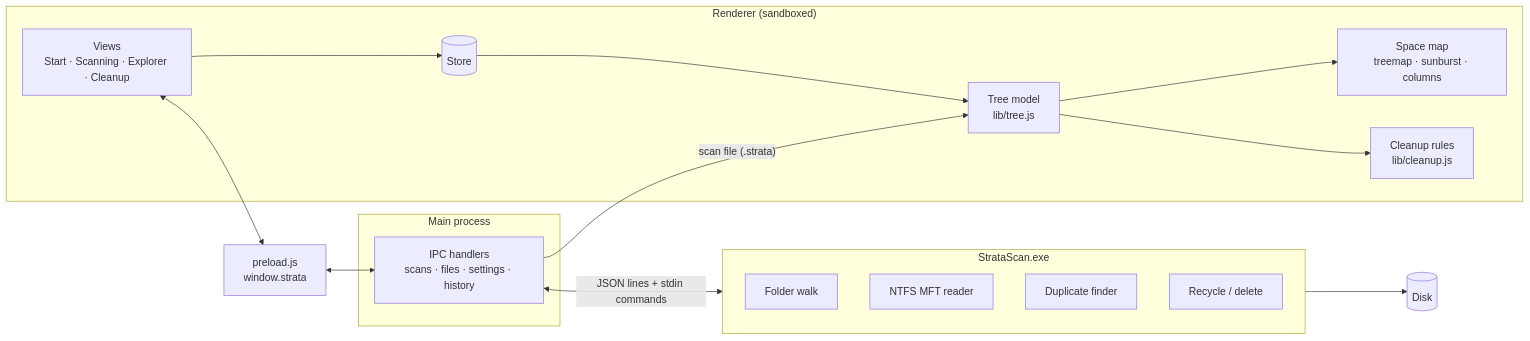
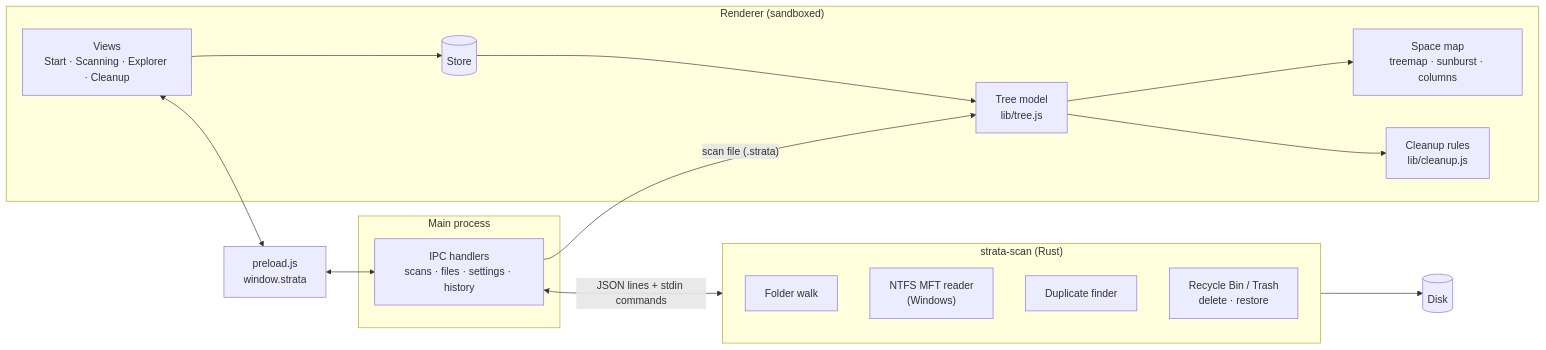
One commit to florentvdry/strata changed the first of 2 diagrams in docs/ARCHITECTURE.md. Above: the diagram before and after it, drawn with Mermaid. The commit also changed other lines of this file and 11 other files, not shown here.

First line of the commit message:
Use the Rust scanner in the app, in CI and in the docs

````diff
--- a/docs/ARCHITECTURE.md
+++ b/docs/ARCHITECTURE.md
@@ -7,29 +7,29 @@
 ```mermaid
 flowchart LR
   subgraph UI["Renderer (sandboxed)"]
     V["Views<br/>Start · Scanning · Explorer · Cleanup"]
     S[("Store")]
     T["Tree model<br/>lib/tree.js"]
     M["Space map<br/>treemap · sunburst · columns"]
     C["Cleanup rules<br/>lib/cleanup.js"]
     V --> S
     S --> T
     T --> M
     T --> C
   end
   P["preload.js<br/>window.strata"]
   subgraph Main["Main process"]
     IPC["IPC handlers<br/>scans · files · settings · history"]
   end
-  subgraph Scanner["StrataScan.exe"]
+  subgraph Scanner["strata-scan (Rust)"]
     W["Folder walk"]
-    MFT["NTFS MFT reader"]
+    MFT["NTFS MFT reader<br/>(Windows)"]
     D["Duplicate finder"]
-    X["Recycle / delete"]
+    X["Recycle Bin / Trash<br/>delete · restore"]
   end
   Disk[("Disk")]
   V <--> P <--> IPC
   IPC <-- "JSON lines + stdin commands" --> Scanner
   Scanner --> Disk
   IPC -- "scan file (.strata)" --> T
 ```
````
